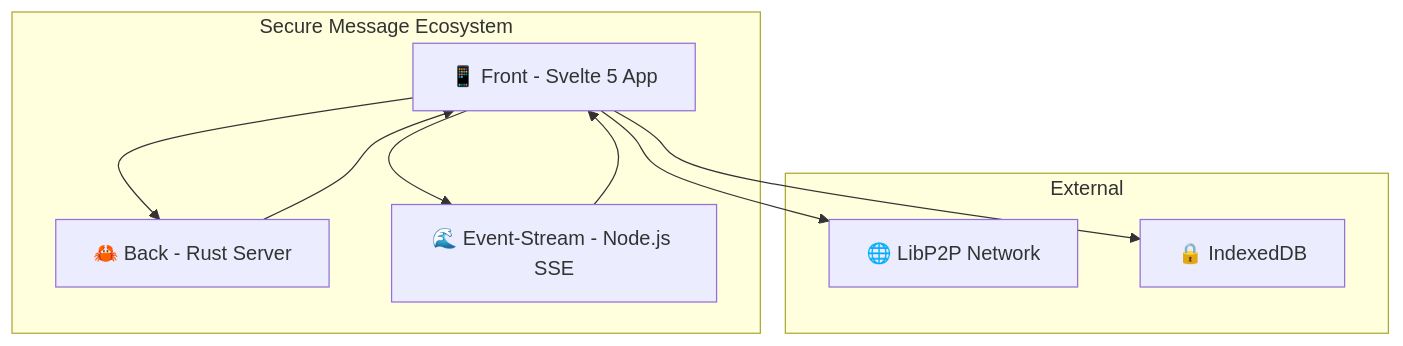
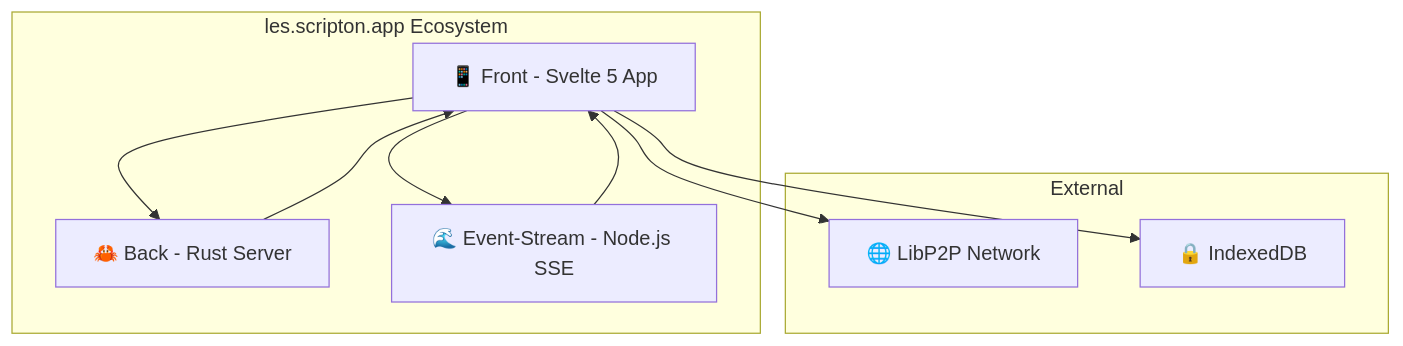
The diagram in README.md (origin721/les), drawn with Mermaid before and after one commit. The commit also changed other lines of this file and 2 other files, not shown here.

````diff
--- a/README.md
+++ b/README.md
@@ -18,21 +23,21 @@
 ```mermaid
 graph TB
-    subgraph "Secure Message Ecosystem"
+    subgraph "les.scripton.app Ecosystem"
         A[📱 Front - Svelte 5 App] 
         B[🦀 Back - Rust Server]
         C[🌊 Event-Stream - Node.js SSE]
     end
     
     A --> B
     A --> C
     B --> A
     C --> A
     
     subgraph "External"
         D[🌐 LibP2P Network]
         E[🔒 IndexedDB]
     end
     
     A --> D
     A --> E
 ```
````
